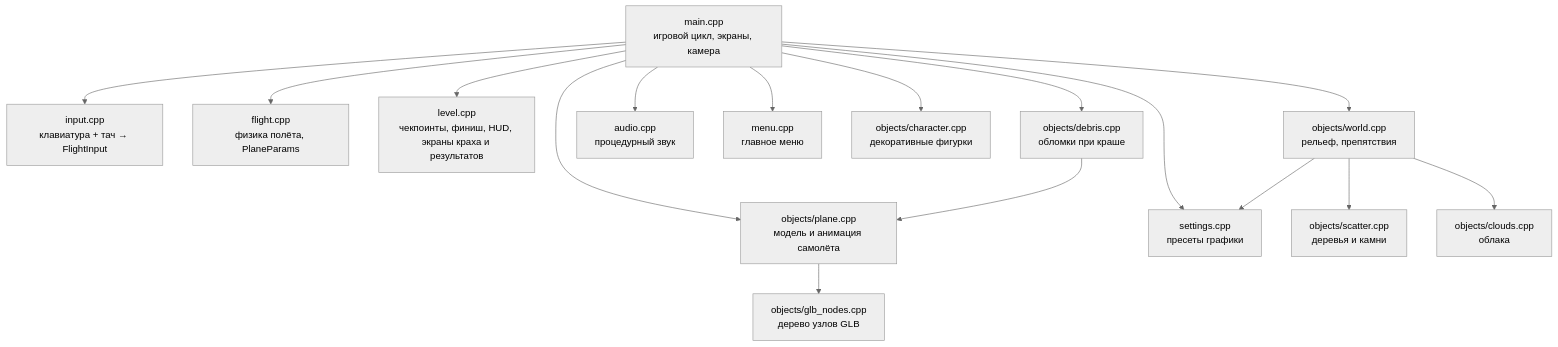
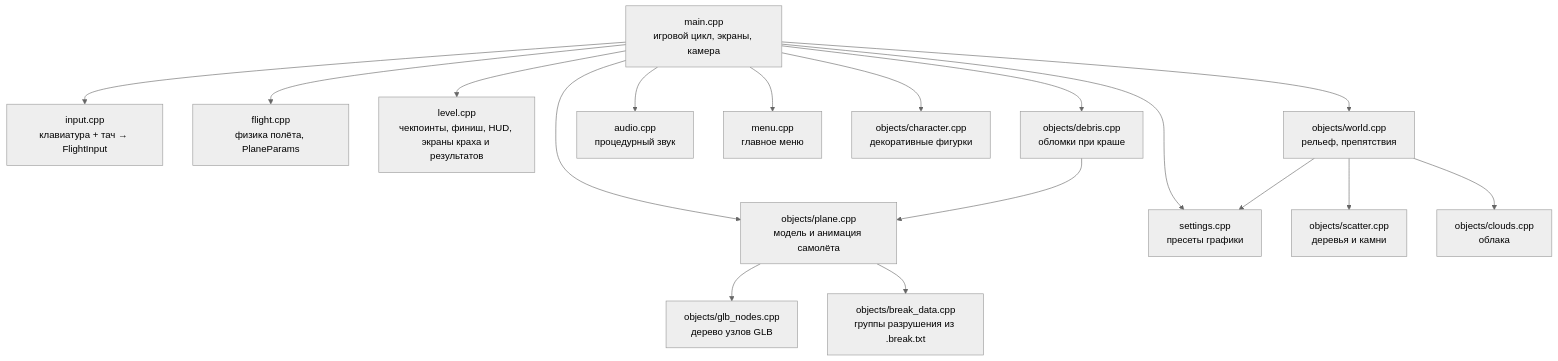
The first of 2 diagrams in docs/ARCHITECTURE.md (maratnek/claude-try-first), drawn with Mermaid (neutral theme) before and after one commit. The commit also changed other lines of this file and 11 other files, not shown here.

````diff
--- a/docs/ARCHITECTURE.md
+++ b/docs/ARCHITECTURE.md
@@ -10,33 +10,35 @@
 ```mermaid
 flowchart TD
     main["main.cpp<br/>игровой цикл, экраны, камера"]
     input["input.cpp<br/>клавиатура + тач → FlightInput"]
     flight["flight.cpp<br/>физика полёта, PlaneParams"]
     level["level.cpp<br/>чекпоинты, финиш, HUD, экраны краха и результатов"]
     world["objects/world.cpp<br/>рельеф, препятствия"]
     plane["objects/plane.cpp<br/>модель и анимация самолёта"]
     glb["objects/glb_nodes.cpp<br/>дерево узлов GLB"]
+    breakdata["objects/break_data.cpp<br/>группы разрушения из .break.txt"]
     audio["audio.cpp<br/>процедурный звук"]
     menu["menu.cpp<br/>главное меню"]
     settings["settings.cpp<br/>пресеты графики"]
     character["objects/character.cpp<br/>декоративные фигурки"]
     scatter["objects/scatter.cpp<br/>деревья и камни"]
     clouds["objects/clouds.cpp<br/>облака"]
 
     main --> input
     main --> flight
     main --> level
     main --> world
     main --> plane
     main --> audio
     main --> menu
     main --> settings
     main --> character
     plane --> glb
+    plane --> breakdata
     debris["objects/debris.cpp<br/>обломки при краше"]
     main --> debris
     debris --> plane
     world --> settings
     world --> scatter
     world --> clouds
 ```
````
